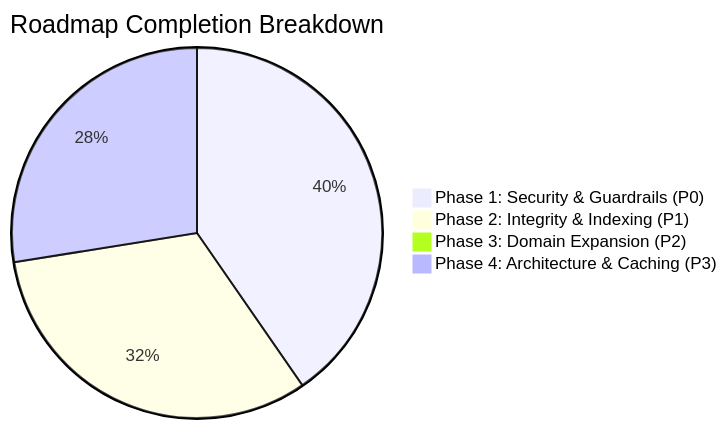
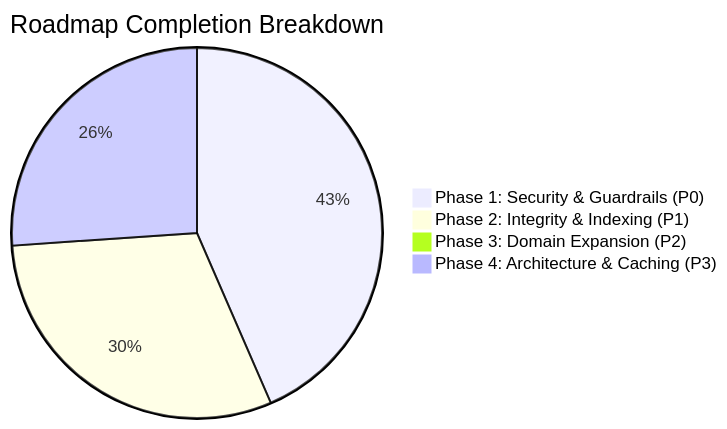
Before and after one commit to OatiesMilk/Supply-Chain: the diagram in docs/PROJECT_ISSUES_REPORT.md, drawn with Mermaid. The commit also changed other lines of this file and 1 other file, not shown here.

Commit message:
ci: add GitHub Actions CI pipeline and update Phase 1 completion to 100%

````diff
--- a/docs/PROJECT_ISSUES_REPORT.md
+++ b/docs/PROJECT_ISSUES_REPORT.md
@@ -749,7 +749,7 @@
 ```mermaid
 pie title Roadmap Completion Breakdown
-    "Phase 1: Security & Guardrails (P0)" : 88
+    "Phase 1: Security & Guardrails (P0)" : 100
     "Phase 2: Integrity & Indexing (P1)" : 70
     "Phase 3: Domain Expansion (P2)" : 0
     "Phase 4: Architecture & Caching (P3)" : 60
 ```
````
